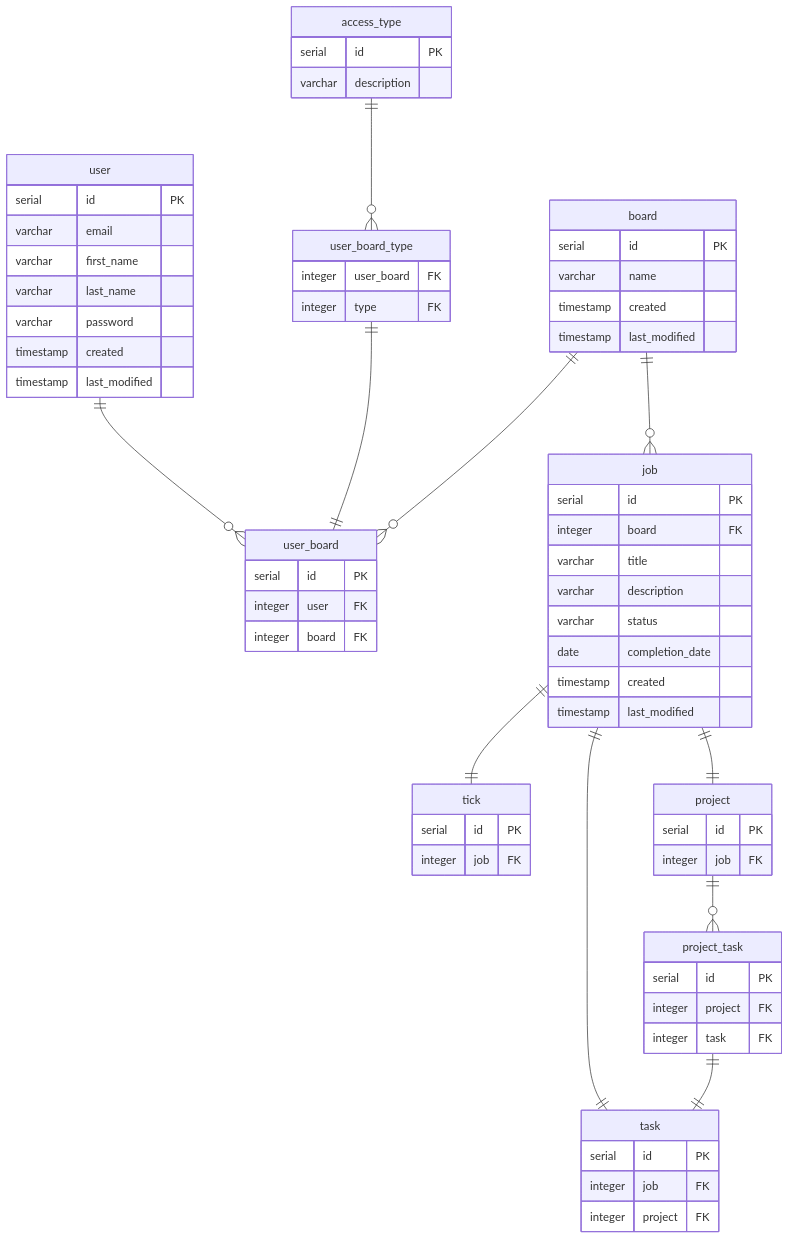
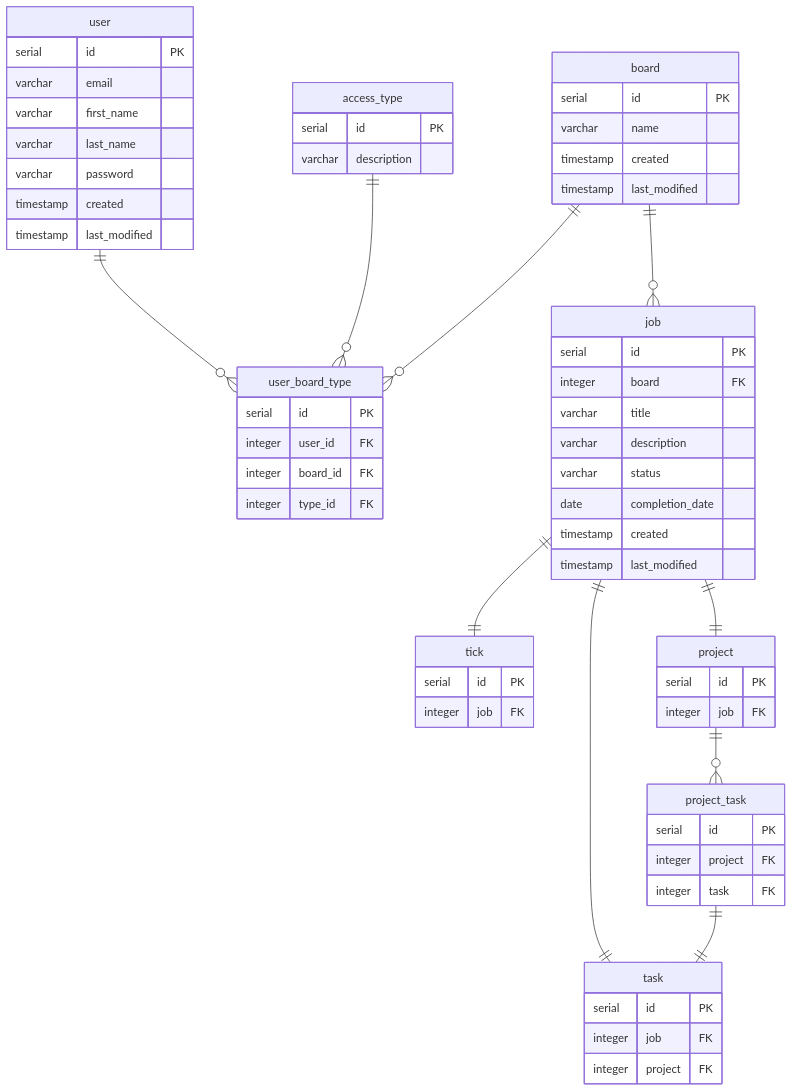
The second of 2 diagrams in README.md (lmckinley09/CoE-Todo), drawn with Mermaid before and after one commit.

````diff
--- a/README.md
+++ b/README.md
@@ -45,80 +45,75 @@
 ```mermaid
 erDiagram
- user ||--o{ user_board : ""
- user_board_type ||--|| user_board : ""
- board ||--o{ user_board : ""
+ user ||--o{ user_board_type : ""
+ access_type ||--o{ user_board_type : ""
+ board ||--o{ user_board_type : ""
  board ||--o{ job : ""
- access_type ||--o{ user_board_type : ""
  job ||--|| tick : ""
  job ||--|| task : ""
  job ||--|| project : ""
  project ||--o{ project_task : ""
  project_task ||--|| task : ""
 
     user {
         serial id PK
         varchar email
         varchar first_name
         varchar last_name
         varchar password
         timestamp created
         timestamp last_modified
     }
     
-    user_board_type {
-        integer user_board FK
-        integer type FK
-    }
-    
-    user_board {
-        serial id PK
-        integer user FK
-        integer board FK
-    }
-    
     access_type {
         serial id PK
         varchar description 
     }
     
+    user_board_type {
+        serial id PK
+        integer user_id FK
+        integer board_id FK
+        integer type_id FK
+    }
+        
     board {
         serial id PK
         varchar name
         timestamp created
         timestamp last_modified
     }
     
     job {
         serial id PK
         integer board FK
         varchar title
         varchar description
         varchar status
         date completion_date
         timestamp created
         timestamp last_modified
     }
     
     tick {
         serial id PK
         integer job FK
     }
     
      task {
         serial id PK
         integer job FK
         integer project FK
     }
     
      project {
         serial id PK
         integer job FK
     }
     
      project_task {
         serial id PK
         integer project FK
         integer task FK
     }
 
 ```
````
